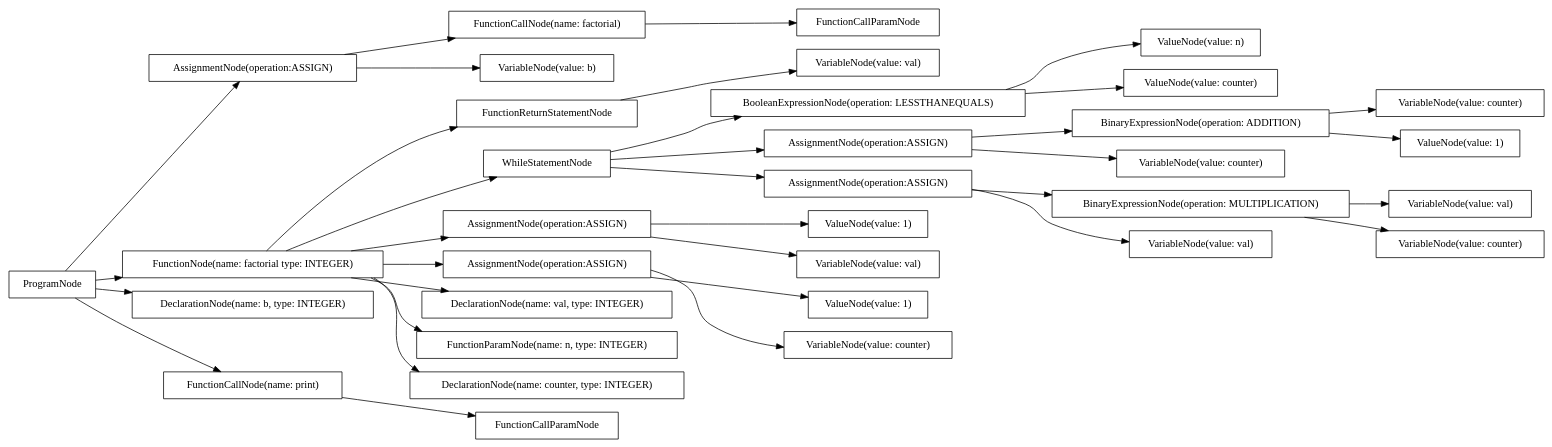
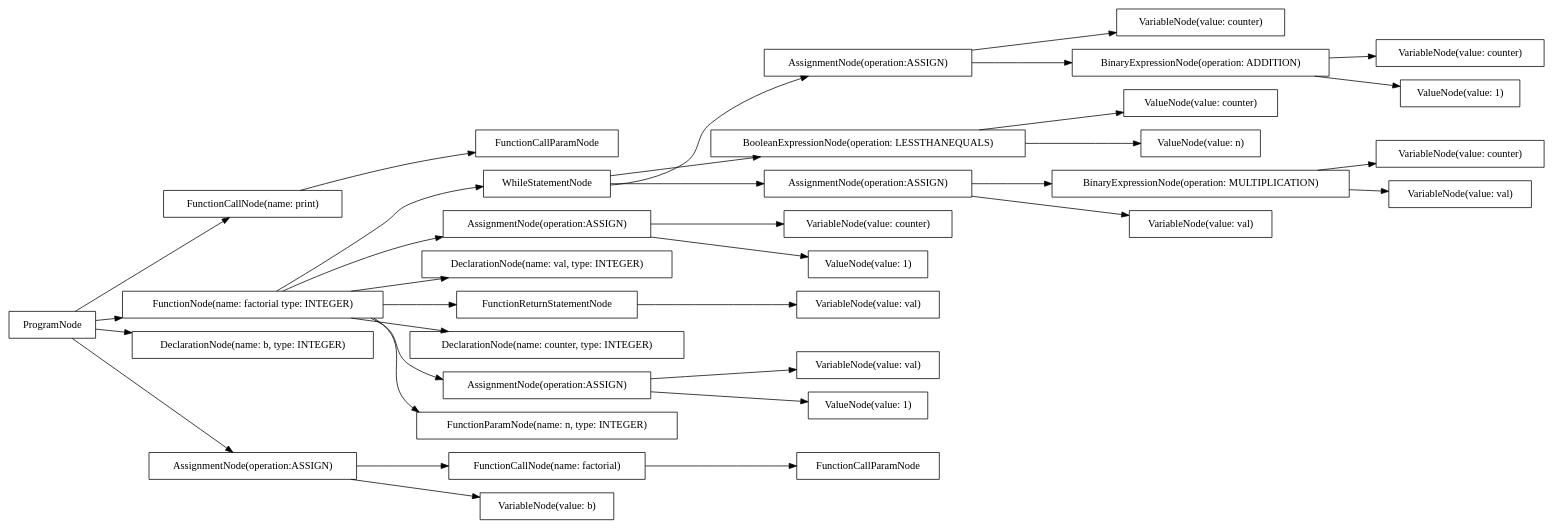
The diagram in src/output/dot/unbound_functions.dot (AtLeastITry/ANTLR-Python-Compiler), drawn with Graphviz before and after one commit. The commit also changed 14 other files, not shown here.

```diff
--- a/src/output/dot/unbound_functions.dot
+++ b/src/output/dot/unbound_functions.dot
@@ -1,70 +1,70 @@
 digraph G {
 rankdir=LR
-"aa314df0-741c-4f0f-8c76-3de62bf33c71" [label="FunctionReturnStatementNode" shape="box"];
-"6eedb4b2-3942-4898-baad-c02e57212564" [label="VariableNode(value: val)" shape="box"];
-"d44ad5e1-44f2-47c5-a44a-128e967834a4" [label="BooleanExpressionNode(operation: LESSTHANEQUALS)" shape="box"];
-"1ba8288b-c00b-4078-9e60-7d1611c9feaa" [label="AssignmentNode(operation:ASSIGN)" shape="box"];
-"c72c5bf1-1854-4c12-9e8f-b9b723bc8e58" [label="AssignmentNode(operation:ASSIGN)" shape="box"];
-"89fce240-b0ca-4968-a6e0-474991d7c2e9" [label="ValueNode(value: 1)" shape="box"];
-"6703cabe-aa5d-48b0-8b55-f169ff35d193" [label="FunctionNode(name: factorial type: INTEGER)" shape="box"];
-"b66a4c7e-9a9c-4db5-8137-fee405eee34b" [label="ValueNode(value: 1)" shape="box"];
-"356876c8-e8d9-4f39-a175-17b5da44d548" [label="BinaryExpressionNode(operation: ADDITION)" shape="box"];
-"fcd3a724-7b36-41cd-a5bf-dc9591b4145c" [label="AssignmentNode(operation:ASSIGN)" shape="box"];
-"3e346032-26ea-46fb-bd66-1386fb3e4459" [label="VariableNode(value: counter)" shape="box"];
-"799b04fb-f4df-438f-8b17-ae618609f91f" [label="FunctionCallParamNode" shape="box"];
-"3203d0d9-41ff-4c21-9119-f00326f1cd77" [label="ValueNode(value: n)" shape="box"];
-"b415aba4-0592-494b-a6f0-c815031cbc0b" [label="VariableNode(value: counter)" shape="box"];
-"fdf3cb60-b44e-4b13-a177-5f4e288419ee" [label="VariableNode(value: counter)" shape="box"];
-"6e7da991-8c51-4520-b5fe-03d2d148b919" [label="WhileStatementNode" shape="box"];
-"983b6e08-6ab3-4b6b-a99a-a3abde0d2bf4" [label="BinaryExpressionNode(operation: MULTIPLICATION)" shape="box"];
-"e0069c09-d6b3-45f6-abd0-01c8ae946822" [label="FunctionCallNode(name: factorial)" shape="box"];
-"ee98fcdc-f54d-413b-9edc-a40ca70e8b0a" [label="ValueNode(value: 1)" shape="box"];
-"ec4b70dd-2dd9-4196-ad79-b5a7065ff9ff" [label="VariableNode(value: val)" shape="box"];
-"65fe4973-c451-41fa-af35-3c1a7d0b7beb" [label="AssignmentNode(operation:ASSIGN)" shape="box"];
-"ab8cde49-f2bd-4edc-949c-aa6ed56c7c10" [label="DeclarationNode(name: b, type: INTEGER)" shape="box"];
-"2d6493f7-f9dd-45bb-8fb8-dab6070c1d46" [label="FunctionCallParamNode" shape="box"];
-"ed16d44d-bda4-4f9c-95d4-6d75552695d7" [label="ProgramNode" shape="box"];
-"a7a81121-ec07-4c2b-9265-c9914209e2ec" [label="VariableNode(value: val)" shape="box"];
-"64fa6e54-48ac-44a6-99f0-4278a59a1c42" [label="VariableNode(value: counter)" shape="box"];
-"4d4e1e02-4994-48e6-b743-455054904088" [label="AssignmentNode(operation:ASSIGN)" shape="box"];
-"9c918852-194a-47f5-8d77-d073db61356c" [label="VariableNode(value: val)" shape="box"];
-"a2264274-e981-45dd-bef9-4282022d9aaf" [label="VariableNode(value: b)" shape="box"];
-"8e617c83-dbbc-435d-b522-071665bf2870" [label="DeclarationNode(name: val, type: INTEGER)" shape="box"];
-"7048eb83-53e3-44e2-8da6-acb309573c70" [label="FunctionCallNode(name: print)" shape="box"];
-"3e2042fe-0360-46d9-9f48-42b07b485fae" [label="ValueNode(value: counter)" shape="box"];
-"3766aec4-32ee-492e-8df6-a1f8bae4b2b2" [label="FunctionParamNode(name: n, type: INTEGER)" shape="box"];
-"cdf1e95f-7b66-4d87-a915-670b4187a7ad" [label="DeclarationNode(name: counter, type: INTEGER)" shape="box"];
-"ed16d44d-bda4-4f9c-95d4-6d75552695d7" -> "ab8cde49-f2bd-4edc-949c-aa6ed56c7c10";
-"ed16d44d-bda4-4f9c-95d4-6d75552695d7" -> "6703cabe-aa5d-48b0-8b55-f169ff35d193";
-"6703cabe-aa5d-48b0-8b55-f169ff35d193" -> "3766aec4-32ee-492e-8df6-a1f8bae4b2b2";
-"6703cabe-aa5d-48b0-8b55-f169ff35d193" -> "8e617c83-dbbc-435d-b522-071665bf2870";
-"6703cabe-aa5d-48b0-8b55-f169ff35d193" -> "cdf1e95f-7b66-4d87-a915-670b4187a7ad";
-"6703cabe-aa5d-48b0-8b55-f169ff35d193" -> "65fe4973-c451-41fa-af35-3c1a7d0b7beb";
-"65fe4973-c451-41fa-af35-3c1a7d0b7beb" -> "a7a81121-ec07-4c2b-9265-c9914209e2ec";
-"65fe4973-c451-41fa-af35-3c1a7d0b7beb" -> "b66a4c7e-9a9c-4db5-8137-fee405eee34b";
-"6703cabe-aa5d-48b0-8b55-f169ff35d193" -> "4d4e1e02-4994-48e6-b743-455054904088";
-"4d4e1e02-4994-48e6-b743-455054904088" -> "3e346032-26ea-46fb-bd66-1386fb3e4459";
-"4d4e1e02-4994-48e6-b743-455054904088" -> "89fce240-b0ca-4968-a6e0-474991d7c2e9";
-"6703cabe-aa5d-48b0-8b55-f169ff35d193" -> "6e7da991-8c51-4520-b5fe-03d2d148b919";
-"6e7da991-8c51-4520-b5fe-03d2d148b919" -> "d44ad5e1-44f2-47c5-a44a-128e967834a4";
-"d44ad5e1-44f2-47c5-a44a-128e967834a4" -> "3e2042fe-0360-46d9-9f48-42b07b485fae";
-"d44ad5e1-44f2-47c5-a44a-128e967834a4" -> "3203d0d9-41ff-4c21-9119-f00326f1cd77";
-"6e7da991-8c51-4520-b5fe-03d2d148b919" -> "fcd3a724-7b36-41cd-a5bf-dc9591b4145c";
-"fcd3a724-7b36-41cd-a5bf-dc9591b4145c" -> "ec4b70dd-2dd9-4196-ad79-b5a7065ff9ff";
-"fcd3a724-7b36-41cd-a5bf-dc9591b4145c" -> "983b6e08-6ab3-4b6b-a99a-a3abde0d2bf4";
-"983b6e08-6ab3-4b6b-a99a-a3abde0d2bf4" -> "6eedb4b2-3942-4898-baad-c02e57212564";
-"983b6e08-6ab3-4b6b-a99a-a3abde0d2bf4" -> "64fa6e54-48ac-44a6-99f0-4278a59a1c42";
-"6e7da991-8c51-4520-b5fe-03d2d148b919" -> "c72c5bf1-1854-4c12-9e8f-b9b723bc8e58";
-"c72c5bf1-1854-4c12-9e8f-b9b723bc8e58" -> "b415aba4-0592-494b-a6f0-c815031cbc0b";
-"c72c5bf1-1854-4c12-9e8f-b9b723bc8e58" -> "356876c8-e8d9-4f39-a175-17b5da44d548";
-"356876c8-e8d9-4f39-a175-17b5da44d548" -> "fdf3cb60-b44e-4b13-a177-5f4e288419ee";
-"356876c8-e8d9-4f39-a175-17b5da44d548" -> "ee98fcdc-f54d-413b-9edc-a40ca70e8b0a";
-"6703cabe-aa5d-48b0-8b55-f169ff35d193" -> "aa314df0-741c-4f0f-8c76-3de62bf33c71";
-"aa314df0-741c-4f0f-8c76-3de62bf33c71" -> "9c918852-194a-47f5-8d77-d073db61356c";
-"ed16d44d-bda4-4f9c-95d4-6d75552695d7" -> "1ba8288b-c00b-4078-9e60-7d1611c9feaa";
-"1ba8288b-c00b-4078-9e60-7d1611c9feaa" -> "a2264274-e981-45dd-bef9-4282022d9aaf";
-"1ba8288b-c00b-4078-9e60-7d1611c9feaa" -> "e0069c09-d6b3-45f6-abd0-01c8ae946822";
-"e0069c09-d6b3-45f6-abd0-01c8ae946822" -> "799b04fb-f4df-438f-8b17-ae618609f91f";
-"ed16d44d-bda4-4f9c-95d4-6d75552695d7" -> "7048eb83-53e3-44e2-8da6-acb309573c70";
-"7048eb83-53e3-44e2-8da6-acb309573c70" -> "2d6493f7-f9dd-45bb-8fb8-dab6070c1d46";
+"80273e89-1f91-422f-9849-8fac198df139" [label="VariableNode(value: counter)" shape="box"];
+"46690dc6-9387-42ca-a4ac-f7ddcadd4ccc" [label="WhileStatementNode" shape="box"];
+"0d560d41-6d2c-4b8d-8168-581f75852347" [label="FunctionCallParamNode" shape="box"];
+"cb71babc-4225-42c9-bc2f-e4e0d062c988" [label="ValueNode(value: counter)" shape="box"];
+"3b4ee41e-423f-4c7c-bb88-45cb25dcc3c8" [label="AssignmentNode(operation:ASSIGN)" shape="box"];
+"fbc044d6-da52-406f-b976-5a4c25ade63a" [label="VariableNode(value: val)" shape="box"];
+"c2e7adf5-517c-4b21-a565-1ba937f04834" [label="AssignmentNode(operation:ASSIGN)" shape="box"];
+"38659834-fc3d-4fc0-9a73-a5296b2f295e" [label="FunctionCallParamNode" shape="box"];
+"0e59c5f4-d050-4c4c-abd8-fb2c57cafb87" [label="VariableNode(value: counter)" shape="box"];
+"b6317442-fc68-4266-bc4a-6b340c134359" [label="ValueNode(value: n)" shape="box"];
+"33212f58-5f7e-4f9f-ad5d-d5b63c62d85d" [label="FunctionCallNode(name: print)" shape="box"];
+"648abdc5-2e0d-4d57-b430-e9a2e2d0aac7" [label="FunctionCallNode(name: factorial)" shape="box"];
+"f31e73e9-e20e-43e8-8e01-588560e0de67" [label="DeclarationNode(name: val, type: INTEGER)" shape="box"];
+"c5944b2e-7ea4-4051-8b09-d2e494e18297" [label="ValueNode(value: 1)" shape="box"];
+"7379a1e6-ad58-4837-aa11-cd6808c6e757" [label="VariableNode(value: val)" shape="box"];
+"a4b08c15-ba8c-4826-93b7-4ad2bb908322" [label="FunctionReturnStatementNode" shape="box"];
+"0e2dc8ab-d020-437d-8260-3faac94b5283" [label="BooleanExpressionNode(operation: LESSTHANEQUALS)" shape="box"];
+"0df78581-e21d-4267-9418-f5a9571e7c3e" [label="AssignmentNode(operation:ASSIGN)" shape="box"];
+"7ffbb8bf-1fec-4758-ac28-43134e60a3b5" [label="BinaryExpressionNode(operation: MULTIPLICATION)" shape="box"];
+"c49216fc-eaf3-47b6-9263-d6fea98be2e2" [label="ProgramNode" shape="box"];
+"3240e87b-6c33-46e6-b994-cdaa8cebaae4" [label="VariableNode(value: counter)" shape="box"];
+"b6b14184-a096-4ec3-9a6c-15629a6f72e1" [label="FunctionNode(name: factorial type: INTEGER)" shape="box"];
+"ce54e0e1-c422-4bb2-8dbc-cc3cf3475102" [label="ValueNode(value: 1)" shape="box"];
+"5a15c022-532f-41df-b933-d98743a6f170" [label="VariableNode(value: counter)" shape="box"];
+"e4878145-a057-4cd5-bcf4-b865a8b3244b" [label="DeclarationNode(name: counter, type: INTEGER)" shape="box"];
+"0b8bc968-16b9-4643-994c-f721a7af30f1" [label="DeclarationNode(name: b, type: INTEGER)" shape="box"];
+"55dc6ba3-9557-4590-a8ab-ef1594101b7b" [label="AssignmentNode(operation:ASSIGN)" shape="box"];
+"06449997-027c-4fdc-8366-fe77cefc18f3" [label="AssignmentNode(operation:ASSIGN)" shape="box"];
+"6f98aedf-3193-4f73-9209-4d4d492a1b78" [label="FunctionParamNode(name: n, type: INTEGER)" shape="box"];
+"c03426df-215b-45fa-814b-df380ea545a9" [label="VariableNode(value: val)" shape="box"];
+"9c74cbfc-e86f-4388-9ff0-0d9a535ab167" [label="ValueNode(value: 1)" shape="box"];
+"bd4e228b-dbea-4163-89f9-c053836370bd" [label="VariableNode(value: b)" shape="box"];
+"37849437-7edc-492d-a79a-2f06d062eb87" [label="VariableNode(value: val)" shape="box"];
+"1b67c7df-f260-4c0d-895c-1b2b773f44a1" [label="BinaryExpressionNode(operation: ADDITION)" shape="box"];
+"c49216fc-eaf3-47b6-9263-d6fea98be2e2" -> "0b8bc968-16b9-4643-994c-f721a7af30f1";
+"c49216fc-eaf3-47b6-9263-d6fea98be2e2" -> "b6b14184-a096-4ec3-9a6c-15629a6f72e1";
+"b6b14184-a096-4ec3-9a6c-15629a6f72e1" -> "6f98aedf-3193-4f73-9209-4d4d492a1b78";
+"b6b14184-a096-4ec3-9a6c-15629a6f72e1" -> "f31e73e9-e20e-43e8-8e01-588560e0de67";
+"b6b14184-a096-4ec3-9a6c-15629a6f72e1" -> "e4878145-a057-4cd5-bcf4-b865a8b3244b";
+"b6b14184-a096-4ec3-9a6c-15629a6f72e1" -> "55dc6ba3-9557-4590-a8ab-ef1594101b7b";
+"55dc6ba3-9557-4590-a8ab-ef1594101b7b" -> "fbc044d6-da52-406f-b976-5a4c25ade63a";
+"55dc6ba3-9557-4590-a8ab-ef1594101b7b" -> "ce54e0e1-c422-4bb2-8dbc-cc3cf3475102";
+"b6b14184-a096-4ec3-9a6c-15629a6f72e1" -> "c2e7adf5-517c-4b21-a565-1ba937f04834";
+"c2e7adf5-517c-4b21-a565-1ba937f04834" -> "80273e89-1f91-422f-9849-8fac198df139";
+"c2e7adf5-517c-4b21-a565-1ba937f04834" -> "c5944b2e-7ea4-4051-8b09-d2e494e18297";
+"b6b14184-a096-4ec3-9a6c-15629a6f72e1" -> "46690dc6-9387-42ca-a4ac-f7ddcadd4ccc";
+"46690dc6-9387-42ca-a4ac-f7ddcadd4ccc" -> "0e2dc8ab-d020-437d-8260-3faac94b5283";
+"0e2dc8ab-d020-437d-8260-3faac94b5283" -> "cb71babc-4225-42c9-bc2f-e4e0d062c988";
+"0e2dc8ab-d020-437d-8260-3faac94b5283" -> "b6317442-fc68-4266-bc4a-6b340c134359";
+"46690dc6-9387-42ca-a4ac-f7ddcadd4ccc" -> "0df78581-e21d-4267-9418-f5a9571e7c3e";
+"0df78581-e21d-4267-9418-f5a9571e7c3e" -> "37849437-7edc-492d-a79a-2f06d062eb87";
+"0df78581-e21d-4267-9418-f5a9571e7c3e" -> "7ffbb8bf-1fec-4758-ac28-43134e60a3b5";
+"7ffbb8bf-1fec-4758-ac28-43134e60a3b5" -> "7379a1e6-ad58-4837-aa11-cd6808c6e757";
+"7ffbb8bf-1fec-4758-ac28-43134e60a3b5" -> "0e59c5f4-d050-4c4c-abd8-fb2c57cafb87";
+"46690dc6-9387-42ca-a4ac-f7ddcadd4ccc" -> "3b4ee41e-423f-4c7c-bb88-45cb25dcc3c8";
+"3b4ee41e-423f-4c7c-bb88-45cb25dcc3c8" -> "3240e87b-6c33-46e6-b994-cdaa8cebaae4";
+"3b4ee41e-423f-4c7c-bb88-45cb25dcc3c8" -> "1b67c7df-f260-4c0d-895c-1b2b773f44a1";
+"1b67c7df-f260-4c0d-895c-1b2b773f44a1" -> "5a15c022-532f-41df-b933-d98743a6f170";
+"1b67c7df-f260-4c0d-895c-1b2b773f44a1" -> "9c74cbfc-e86f-4388-9ff0-0d9a535ab167";
+"b6b14184-a096-4ec3-9a6c-15629a6f72e1" -> "a4b08c15-ba8c-4826-93b7-4ad2bb908322";
+"a4b08c15-ba8c-4826-93b7-4ad2bb908322" -> "c03426df-215b-45fa-814b-df380ea545a9";
+"c49216fc-eaf3-47b6-9263-d6fea98be2e2" -> "06449997-027c-4fdc-8366-fe77cefc18f3";
+"06449997-027c-4fdc-8366-fe77cefc18f3" -> "bd4e228b-dbea-4163-89f9-c053836370bd";
+"06449997-027c-4fdc-8366-fe77cefc18f3" -> "648abdc5-2e0d-4d57-b430-e9a2e2d0aac7";
+"648abdc5-2e0d-4d57-b430-e9a2e2d0aac7" -> "0d560d41-6d2c-4b8d-8168-581f75852347";
+"c49216fc-eaf3-47b6-9263-d6fea98be2e2" -> "33212f58-5f7e-4f9f-ad5d-d5b63c62d85d";
+"33212f58-5f7e-4f9f-ad5d-d5b63c62d85d" -> "38659834-fc3d-4fc0-9a73-a5296b2f295e";
 }
```
